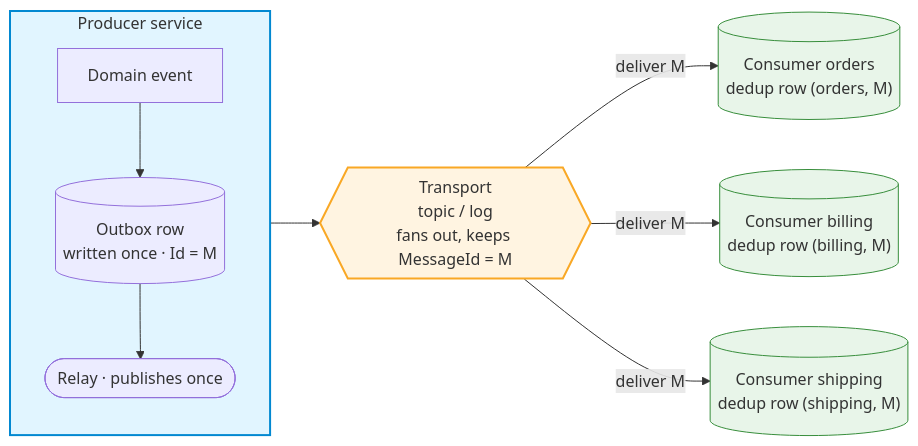
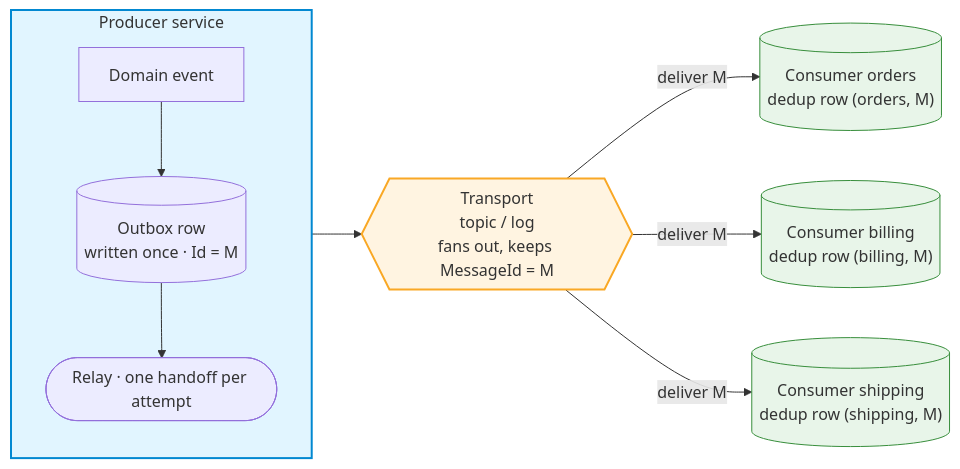
Before and after one commit to xavierjohn/Trellis: the third of 3 diagrams in docs/docfx_project/articles/integration-inbox.md, drawn with Mermaid. The commit also changed other lines of this file and 29 other files, not shown here.

````diff
--- a/docs/docfx_project/articles/integration-inbox.md
+++ b/docs/docfx_project/articles/integration-inbox.md
@@ -163,27 +165,27 @@
 ```mermaid
 flowchart LR
     subgraph PROD["Producer service"]
         direction TB
         EV[Domain event]
         OB[("Outbox row<br/>written once · Id = M")]
-        RLY([Relay · publishes once])
+        RLY([Relay · one handoff per attempt])
         EV --> OB --> RLY
     end
 
     BRK{{"Transport<br/>topic / log<br/>fans out, keeps MessageId = M"}}
 
     I1[("Consumer orders<br/>dedup row (orders, M)")]
     I2[("Consumer billing<br/>dedup row (billing, M)")]
     I3[("Consumer shipping<br/>dedup row (shipping, M)")]
 
     RLY --> BRK
     BRK -->|deliver M| I1
     BRK -->|deliver M| I2
     BRK -->|deliver M| I3
 
     style PROD fill:#e1f5ff,stroke:#0288d1,stroke-width:2px
     style BRK fill:#fff4e1,stroke:#f9a825,stroke-width:2px
     style I1 fill:#e8f5e9,stroke:#388e3c
     style I2 fill:#e8f5e9,stroke:#388e3c
     style I3 fill:#e8f5e9,stroke:#388e3c
 ```
````
